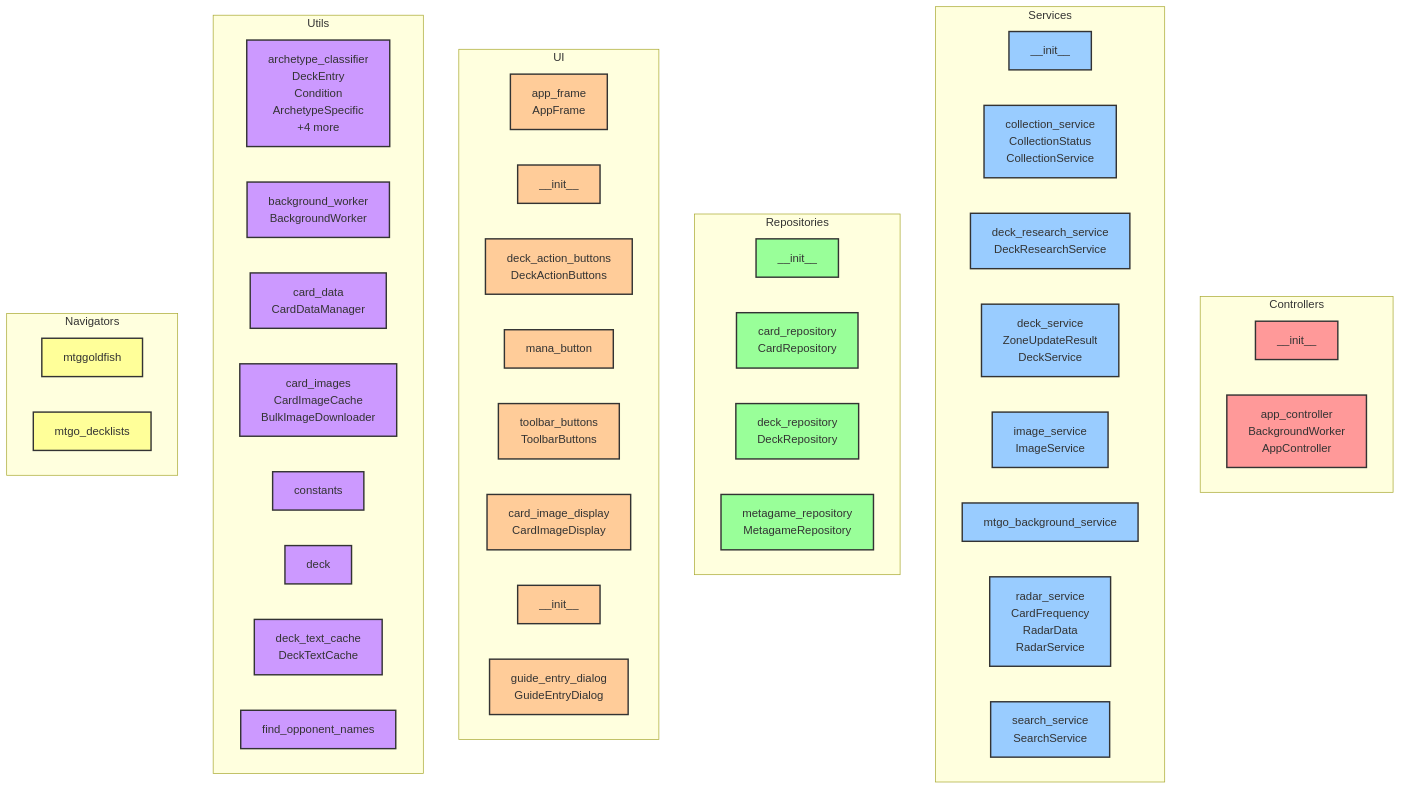
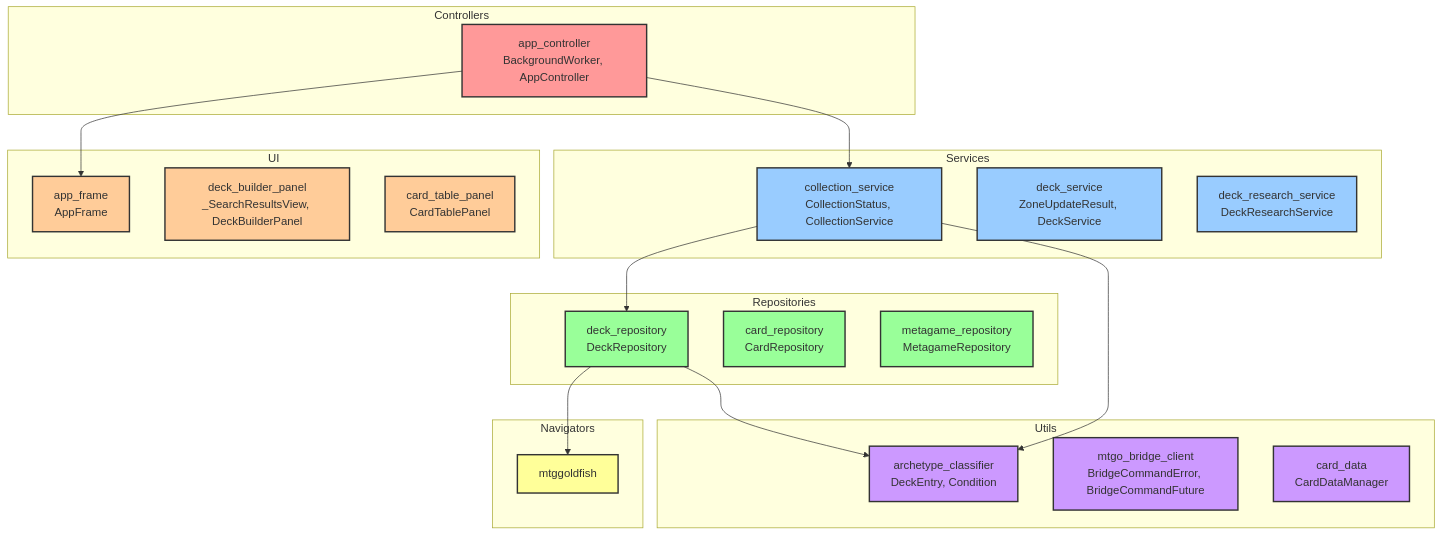
Before and after one commit to Pedrogush/magic_online_metagame_crawler: the diagram in docs/diagrams/architecture.mmd, drawn with Mermaid. The commit also changed 1 other file, not shown here.

Commit message:
Fix diagram size and styling issues
Reduce generated Mermaid diagram size for mermaid.live compatibility by showing only key modules (3 per category) instead of all modules. Fix styling class names for repositories.

```diff
--- a/docs/diagrams/architecture.mmd
+++ b/docs/diagrams/architecture.mmd
@@ -1,126 +1,65 @@
 graph TB
 
     subgraph Controllers
-        magic_online_metagame_crawler_controllers___init__["__init__"]
-        magic_online_metagame_crawler_controllers_app_controller["app_controller<br/>BackgroundWorker<br/>AppController"]
+        magic_online_metagame_crawler_controllers_app_controller["app_controller<br/>BackgroundWorker, AppController"]
     end
 
     subgraph Services
-        magic_online_metagame_crawler_services___init__["__init__"]
-        magic_online_metagame_crawler_services_collection_service["collection_service<br/>CollectionStatus<br/>CollectionService"]
+        magic_online_metagame_crawler_services_collection_service["collection_service<br/>CollectionStatus, CollectionService"]
+        magic_online_metagame_crawler_services_deck_service["deck_service<br/>ZoneUpdateResult, DeckService"]
         magic_online_metagame_crawler_services_deck_research_service["deck_research_service<br/>DeckResearchService"]
-        magic_online_metagame_crawler_services_deck_service["deck_service<br/>ZoneUpdateResult<br/>DeckService"]
-        magic_online_metagame_crawler_services_image_service["image_service<br/>ImageService"]
-        magic_online_metagame_crawler_services_mtgo_background_service["mtgo_background_service"]
-        magic_online_metagame_crawler_services_radar_service["radar_service<br/>CardFrequency<br/>RadarData<br/>RadarService"]
-        magic_online_metagame_crawler_services_search_service["search_service<br/>SearchService"]
     end
 
     subgraph Repositories
-        magic_online_metagame_crawler_repositories___init__["__init__"]
+        magic_online_metagame_crawler_repositories_deck_repository["deck_repository<br/>DeckRepository"]
         magic_online_metagame_crawler_repositories_card_repository["card_repository<br/>CardRepository"]
-        magic_online_metagame_crawler_repositories_deck_repository["deck_repository<br/>DeckRepository"]
         magic_online_metagame_crawler_repositories_metagame_repository["metagame_repository<br/>MetagameRepository"]
     end
 
     subgraph UI
         magic_online_metagame_crawler_widgets_app_frame["app_frame<br/>AppFrame"]
-        magic_online_metagame_crawler_widgets_buttons___init__["__init__"]
-        magic_online_metagame_crawler_widgets_buttons_deck_action_buttons["deck_action_buttons<br/>DeckActionButtons"]
-        magic_online_metagame_crawler_widgets_buttons_mana_button["mana_button"]
-        magic_online_metagame_crawler_widgets_buttons_toolbar_buttons["toolbar_buttons<br/>ToolbarButtons"]
-        magic_online_metagame_crawler_widgets_card_image_display["card_image_display<br/>CardImageDisplay"]
-        magic_online_metagame_crawler_widgets_dialogs___init__["__init__"]
-        magic_online_metagame_crawler_widgets_dialogs_guide_entry_dialog["guide_entry_dialog<br/>GuideEntryDialog"]
+        magic_online_metagame_crawler_widgets_panels_deck_builder_panel["deck_builder_panel<br/>_SearchResultsView, DeckBuilderPanel"]
+        magic_online_metagame_crawler_widgets_panels_card_table_panel["card_table_panel<br/>CardTablePanel"]
     end
 
     subgraph Utils
-        magic_online_metagame_crawler_utils_archetype_classifier["archetype_classifier<br/>DeckEntry<br/>Condition<br/>ArchetypeSpecific<br/>+4 more"]
-        magic_online_metagame_crawler_utils_background_worker["background_worker<br/>BackgroundWorker"]
+        magic_online_metagame_crawler_utils_archetype_classifier["archetype_classifier<br/>DeckEntry, Condition"]
+        magic_online_metagame_crawler_utils_mtgo_bridge_client["mtgo_bridge_client<br/>BridgeCommandError, BridgeCommandFuture"]
         magic_online_metagame_crawler_utils_card_data["card_data<br/>CardDataManager"]
-        magic_online_metagame_crawler_utils_card_images["card_images<br/>CardImageCache<br/>BulkImageDownloader"]
-        magic_online_metagame_crawler_utils_constants["constants"]
-        magic_online_metagame_crawler_utils_deck["deck"]
-        magic_online_metagame_crawler_utils_deck_text_cache["deck_text_cache<br/>DeckTextCache"]
-        magic_online_metagame_crawler_utils_find_opponent_names["find_opponent_names"]
     end
 
     subgraph Navigators
         magic_online_metagame_crawler_navigators_mtggoldfish["mtggoldfish"]
-        magic_online_metagame_crawler_navigators_mtgo_decklists["mtgo_decklists"]
     end
 
-    %% Dependencies
+    %% Key Dependencies
+    magic_online_metagame_crawler_controllers_app_controller --> magic_online_metagame_crawler_services_collection_service
+    magic_online_metagame_crawler_controllers_app_controller --> magic_online_metagame_crawler_widgets_app_frame
+    magic_online_metagame_crawler_services_collection_service --> magic_online_metagame_crawler_repositories_deck_repository
+    magic_online_metagame_crawler_services_collection_service --> magic_online_metagame_crawler_utils_archetype_classifier
+    magic_online_metagame_crawler_repositories_deck_repository --> magic_online_metagame_crawler_utils_archetype_classifier
+    magic_online_metagame_crawler_repositories_deck_repository --> magic_online_metagame_crawler_navigators_mtggoldfish
 
     %% Styling
     classDef controller fill:#ff9999,stroke:#333,stroke-width:2px
     classDef service fill:#99ccff,stroke:#333,stroke-width:2px
     classDef repo fill:#99ff99,stroke:#333,stroke-width:2px
     classDef ui fill:#ffcc99,stroke:#333,stroke-width:2px
     classDef util fill:#cc99ff,stroke:#333,stroke-width:2px
     classDef nav fill:#ffff99,stroke:#333,stroke-width:2px
-    class magic_online_metagame_crawler_controllers___init__ controller
     class magic_online_metagame_crawler_controllers_app_controller controller
-    class magic_online_metagame_crawler_services_store_service service
     class magic_online_metagame_crawler_services_collection_service service
-    class magic_online_metagame_crawler_services_radar_service service
-    class magic_online_metagame_crawler_services_image_service service
     class magic_online_metagame_crawler_services_deck_service service
-    class magic_online_metagame_crawler_services_mtgo_background_service service
-    class magic_online_metagame_crawler_services___init__ service
     class magic_online_metagame_crawler_services_deck_research_service service
     class magic_online_metagame_crawler_services_search_service service
-    class magic_online_metagame_crawler_services_state_service service
     class magic_online_metagame_crawler_repositories_deck_repository repo
     class magic_online_metagame_crawler_repositories_card_repository repo
     class magic_online_metagame_crawler_repositories_metagame_repository repo
-    class magic_online_metagame_crawler_repositories___init__ repo
-    class magic_online_metagame_crawler_widgets_mana_keyboard ui
-    class magic_online_metagame_crawler_widgets_identify_opponent ui
-    class magic_online_metagame_crawler_widgets_match_history ui
-    class magic_online_metagame_crawler_widgets_timer_alert ui
-    class magic_online_metagame_crawler_widgets_metagame_analysis ui
-    class magic_online_metagame_crawler_widgets_card_image_display ui
     class magic_online_metagame_crawler_widgets_app_frame ui
-    class magic_online_metagame_crawler_widgets_splash_frame ui
-    class magic_online_metagame_crawler_widgets_dialogs_guide_entry_dialog ui
-    class magic_online_metagame_crawler_widgets_dialogs_image_download_dialog ui
-    class magic_online_metagame_crawler_widgets_dialogs___init__ ui
-    class magic_online_metagame_crawler_widgets_panels_deck_stats_panel ui
-    class magic_online_metagame_crawler_widgets_panels_sideboard_card_selector ui
-    class magic_online_metagame_crawler_widgets_panels_deck_notes_panel ui
-    class magic_online_metagame_crawler_widgets_panels_radar_panel ui
-    class magic_online_metagame_crawler_widgets_panels_card_inspector_panel ui
-    class magic_online_metagame_crawler_widgets_panels___init__ ui
-    class magic_online_metagame_crawler_widgets_panels_sideboard_guide_panel ui
-    class magic_online_metagame_crawler_widgets_panels_card_box_panel ui
-    class magic_online_metagame_crawler_widgets_panels_deck_research_panel ui
     class magic_online_metagame_crawler_widgets_panels_deck_builder_panel ui
     class magic_online_metagame_crawler_widgets_panels_card_table_panel ui
-    class magic_online_metagame_crawler_widgets_handlers_app_event_handlers ui
     class magic_online_metagame_crawler_widgets_handlers_card_table_panel_handler ui
-    class magic_online_metagame_crawler_widgets_handlers___init__ ui
-    class magic_online_metagame_crawler_widgets_handlers_sideboard_guide_handlers ui
-    class magic_online_metagame_crawler_widgets_buttons_mana_button ui
-    class magic_online_metagame_crawler_widgets_buttons___init__ ui
-    class magic_online_metagame_crawler_widgets_buttons_toolbar_buttons ui
-    class magic_online_metagame_crawler_widgets_buttons_deck_action_buttons ui
-    class magic_online_metagame_crawler_utils_constants util
-    class magic_online_metagame_crawler_utils_background_worker util
-    class magic_online_metagame_crawler_utils_mana_icon_factory util
-    class magic_online_metagame_crawler_utils_mtgo_bridge util
     class magic_online_metagame_crawler_utils_archetype_classifier util
-    class magic_online_metagame_crawler_utils_stylize util
     class magic_online_metagame_crawler_utils_mtgo_bridge_client util
-    class magic_online_metagame_crawler_utils_card_images util
-    class magic_online_metagame_crawler_utils_metagame_stats util
-    class magic_online_metagame_crawler_utils_deck util
-    class magic_online_metagame_crawler_utils_find_opponent_names util
     class magic_online_metagame_crawler_utils_card_data util
-    class magic_online_metagame_crawler_utils_ui_helpers util
-    class magic_online_metagame_crawler_utils_search_filters util
-    class magic_online_metagame_crawler_utils_logging_config util
-    class magic_online_metagame_crawler_utils_gamelog_parser util
-    class magic_online_metagame_crawler_utils_deck_text_cache util
-    class magic_online_metagame_crawler_navigators_mtgo_decklists nav
     class magic_online_metagame_crawler_navigators_mtggoldfish nav
```
